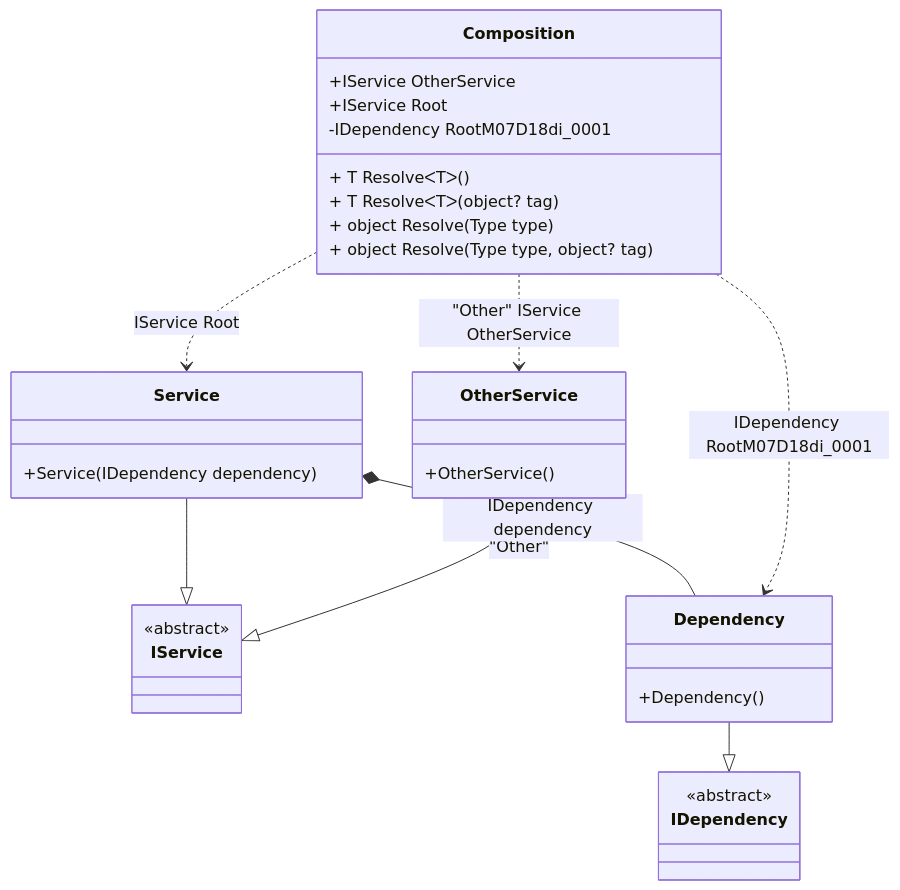
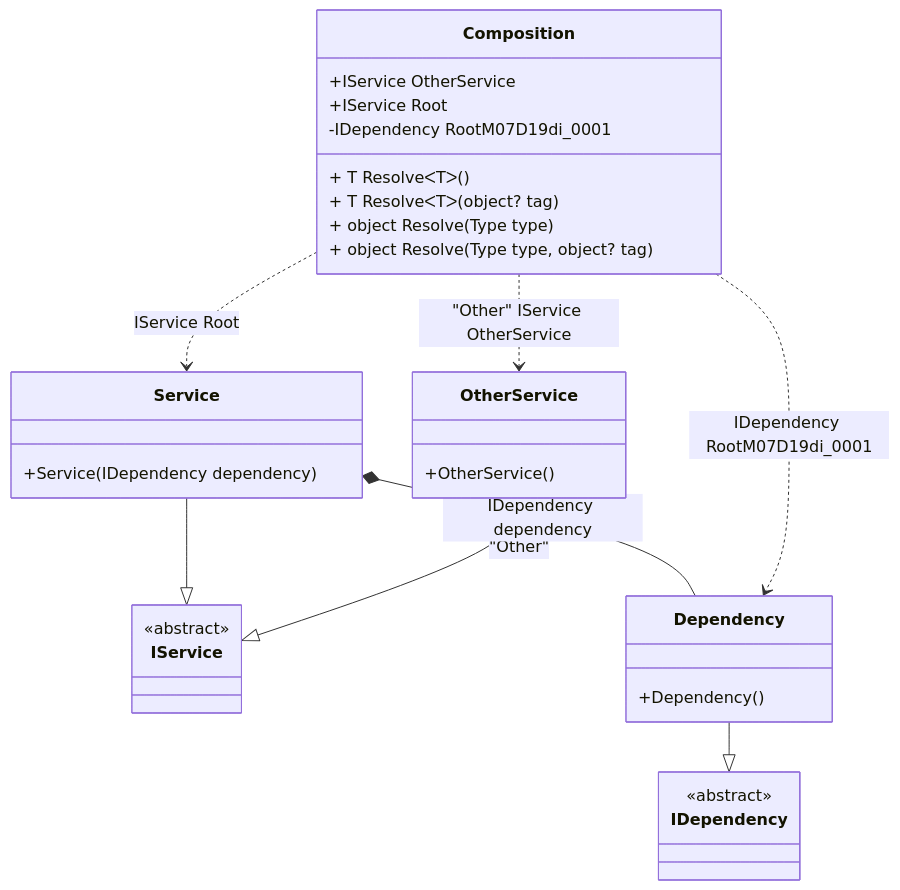
Before and after one commit to DevTeam/Pure.DI: the diagram in readme/composition-root.md, drawn with Mermaid. The commit also changed other lines of this file and 65 other files, not shown here.

````diff
--- a/readme/composition-root.md
+++ b/readme/composition-root.md
@@ -43,34 +43,34 @@
 ```mermaid
 classDiagram
   class Composition {
     +IService OtherService
     +IService Root
-    -IDependency RootM07D18di_0001
+    -IDependency RootM07D19di_0001
     + T ResolveᐸTᐳ()
     + T ResolveᐸTᐳ(object? tag)
     + object Resolve(Type type)
     + object Resolve(Type type, object? tag)
   }
   Service --|> IService : 
   class Service {
     +Service(IDependency dependency)
   }
   Dependency --|> IDependency : 
   class Dependency {
     +Dependency()
   }
   OtherService --|> IService : "Other" 
   class OtherService {
     +OtherService()
   }
   class IService {
     <<abstract>>
   }
   class IDependency {
     <<abstract>>
   }
   Service *--  Dependency : IDependency dependency
-  Composition ..> Dependency : IDependency RootM07D18di_0001
+  Composition ..> Dependency : IDependency RootM07D19di_0001
   Composition ..> Service : IService Root
   Composition ..> OtherService : "Other" IService OtherService
 ```
````
